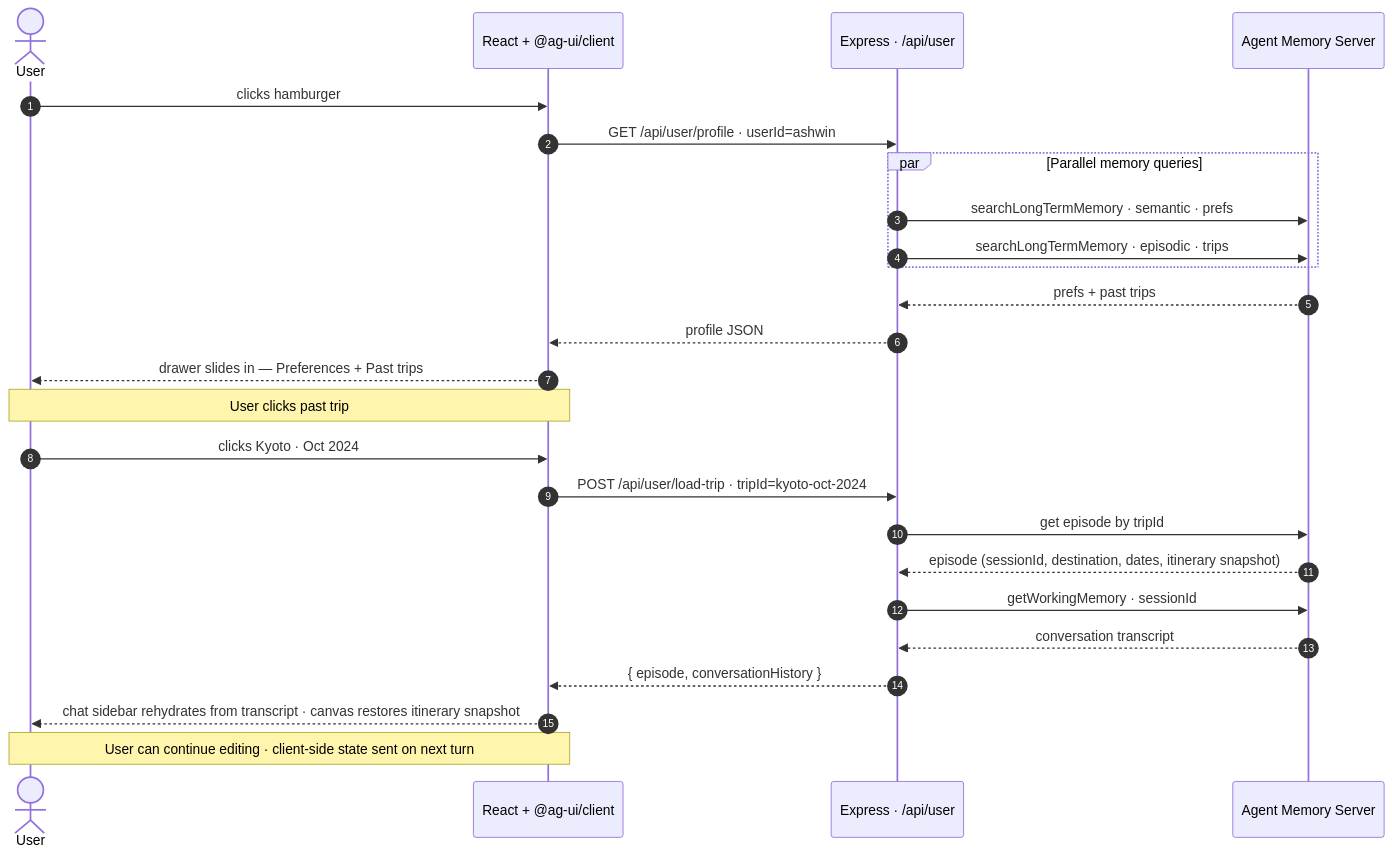
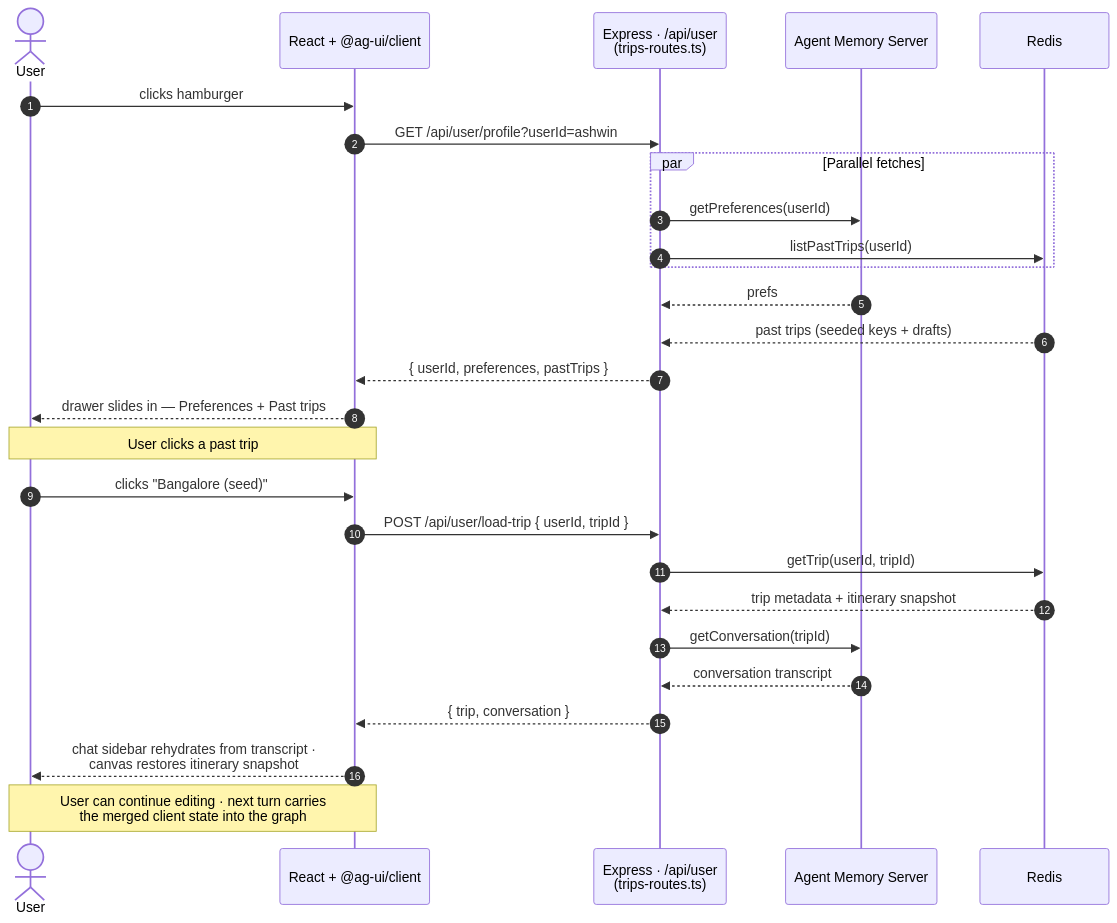
One commit to booleanhunter/travel-planning-agent-agui-langraph changed the third of 3 diagrams in docs/diagrams/02-user-flow-sequence.md. Above: the diagram before and after it, drawn with Mermaid. The commit also changed other lines of this file and 8 other files, not shown here.

First line of the commit message:
docs(diagrams): realign the diagrams with the shipped graph

````diff
--- a/docs/diagrams/02-user-flow-sequence.md
+++ b/docs/diagrams/02-user-flow-sequence.md
@@ -118,32 +139,34 @@
 ```mermaid
 sequenceDiagram
     autonumber
     actor User
     participant UI as React + @ag-ui/client
-    participant Backend as Express · /api/user
+    participant Backend as Express · /api/user<br/>(trips-routes.ts)
     participant AMS as Agent Memory Server
+    participant Redis
 
     User->>UI: clicks hamburger
-    UI->>Backend: GET /api/user/profile · userId=ashwin
+    UI->>Backend: GET /api/user/profile?userId=ashwin
 
-    par Parallel memory queries
-        Backend->>AMS: searchLongTermMemory · semantic · prefs
-        Backend->>AMS: searchLongTermMemory · episodic · trips
+    par Parallel fetches
+        Backend->>AMS: getPreferences(userId)
+        Backend->>Redis: listPastTrips(userId)
     end
-    AMS-->>Backend: prefs + past trips
-    Backend-->>UI: profile JSON
+    AMS-->>Backend: prefs
+    Redis-->>Backend: past trips (seeded keys + drafts)
+    Backend-->>UI: { userId, preferences, pastTrips }
     UI-->>User: drawer slides in — Preferences + Past trips
 
-    Note over User,UI: User clicks past trip
-    User->>UI: clicks Kyoto · Oct 2024
-    UI->>Backend: POST /api/user/load-trip · tripId=kyoto-oct-2024
+    Note over User,UI: User clicks a past trip
+    User->>UI: clicks "Bangalore (seed)"
+    UI->>Backend: POST /api/user/load-trip { userId, tripId }
 
-    Backend->>AMS: get episode by tripId
-    AMS-->>Backend: episode (sessionId, destination, dates, itinerary snapshot)
-    Backend->>AMS: getWorkingMemory · sessionId
+    Backend->>Redis: getTrip(userId, tripId)
+    Redis-->>Backend: trip metadata + itinerary snapshot
+    Backend->>AMS: getConversation(tripId)
     AMS-->>Backend: conversation transcript
 
-    Backend-->>UI: { episode, conversationHistory }
-    UI-->>User: chat sidebar rehydrates from transcript · canvas restores itinerary snapshot
-    Note over User,UI: User can continue editing · client-side state sent on next turn
+    Backend-->>UI: { trip, conversation }
+    UI-->>User: chat sidebar rehydrates from transcript ·<br/>canvas restores itinerary snapshot
+    Note over User,UI: User can continue editing · next turn carries<br/>the merged client state into the graph
 ```
````
